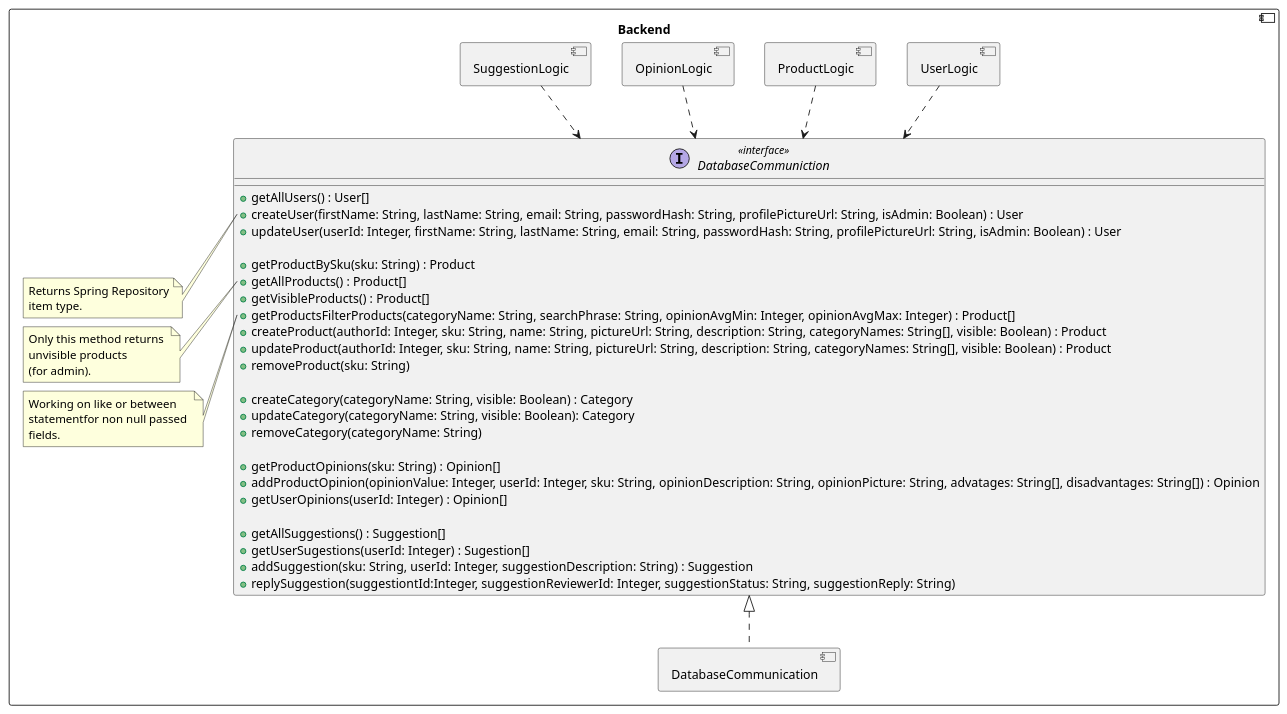
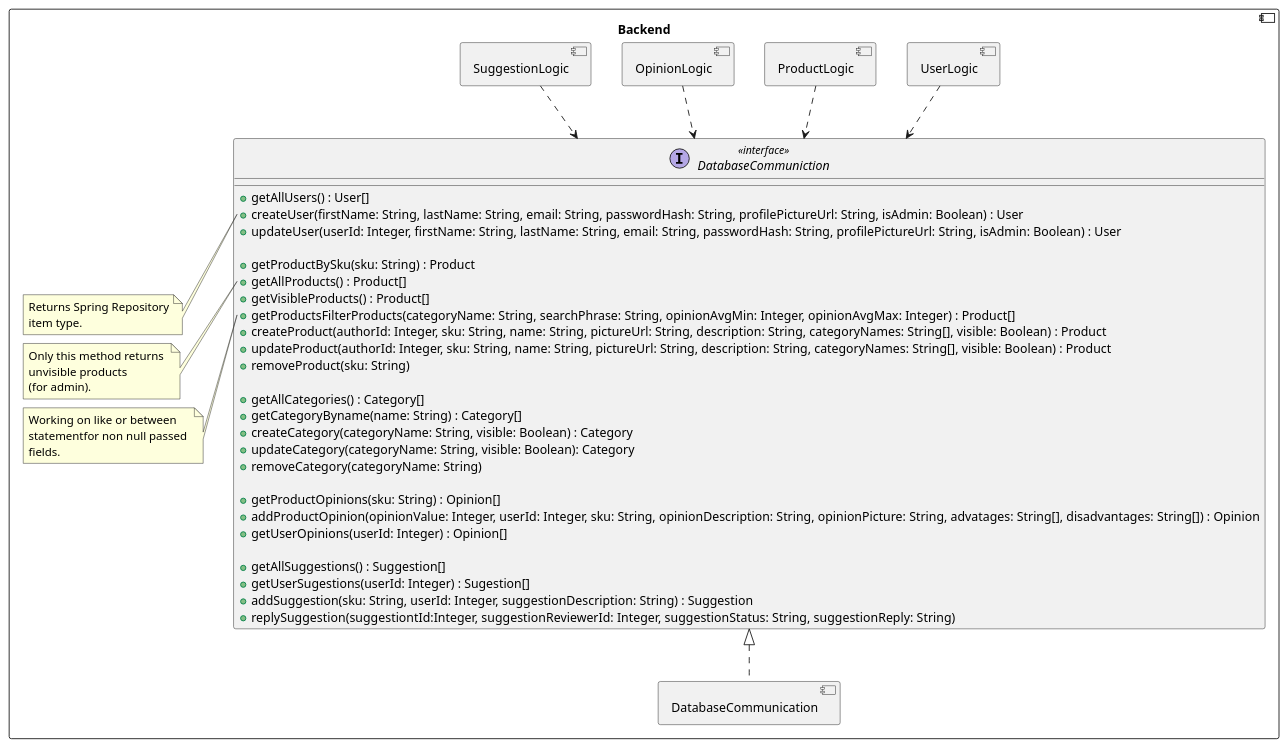
Before and after one commit to RadekBucki/OpinionCollectorArchitecture: the second of 2 diagrams in backend/DatabaseCommunication.md, drawn with PlantUML. The commit also changed 2 other files, not shown here.

Commit message:
Update after implementation

````diff
--- a/backend/DatabaseCommunication.md
+++ b/backend/DatabaseCommunication.md
@@ -27,67 +27,69 @@
 ```plantuml
 @startuml
 component Backend {
     component UserLogic {
     }
     component ProductLogic {
     }
     component OpinionLogic {
     }
     component SuggestionLogic {
     }
     
     component DatabaseCommunication {
     }
     
     interface DatabaseCommuniction <<interface>> {
         + getAllUsers() : User[]
         + createUser(firstName: String, lastName: String, email: String, passwordHash: String, profilePictureUrl: String, isAdmin: Boolean) : User
         + updateUser(userId: Integer, firstName: String, lastName: String, email: String, passwordHash: String, profilePictureUrl: String, isAdmin: Boolean) : User
     
         + getProductBySku(sku: String) : Product
         + getAllProducts() : Product[]
         + getVisibleProducts() : Product[]
         + getProductsFilterProducts(categoryName: String, searchPhrase: String, opinionAvgMin: Integer, opinionAvgMax: Integer) : Product[]
         + createProduct(authorId: Integer, sku: String, name: String, pictureUrl: String, description: String, categoryNames: String[], visible: Boolean) : Product
         + updateProduct(authorId: Integer, sku: String, name: String, pictureUrl: String, description: String, categoryNames: String[], visible: Boolean) : Product
         + removeProduct(sku: String)
 
+        + getAllCategories() : Category[]
+        + getCategoryByname(name: String) : Category[]
         + createCategory(categoryName: String, visible: Boolean) : Category
         + updateCategory(categoryName: String, visible: Boolean): Category
         + removeCategory(categoryName: String)
         
         + getProductOpinions(sku: String) : Opinion[]
         + addProductOpinion(opinionValue: Integer, userId: Integer, sku: String, opinionDescription: String, opinionPicture: String, advatages: String[], disadvantages: String[]) : Opinion
         + getUserOpinions(userId: Integer) : Opinion[]
         
         + getAllSuggestions() : Suggestion[]
         + getUserSugestions(userId: Integer) : Sugestion[]
         + addSuggestion(sku: String, userId: Integer, suggestionDescription: String) : Suggestion
         + replySuggestion(suggestiontId:Integer, suggestionReviewerId: Integer, suggestionStatus: String, suggestionReply: String)
     }
     note left of DatabaseCommuniction::createUser
         Returns Spring Repository
         item type.
     endnote
     
     note left of DatabaseCommuniction::getAllProducts
         Only this method returns 
         unvisible products
         (for admin).
     endnote
     
     note left of DatabaseCommuniction::getProductsFilterProducts
         Working on like or between 
         statementfor non null passed 
         fields.
     endnote
     
     UserLogic                   ..>  DatabaseCommuniction
     ProductLogic                ..>  DatabaseCommuniction
     OpinionLogic                ..>  DatabaseCommuniction
     SuggestionLogic             ..>  DatabaseCommuniction
     DatabaseCommuniction        <|..  DatabaseCommunication
 }
 
 @enduml 
 ```
````
